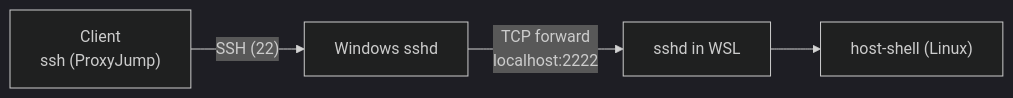
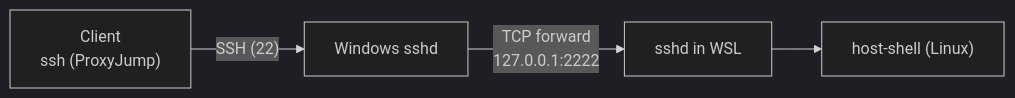
The fourth of 4 diagrams in docs/en/user-guide.md (Hondarer/host-shell-mcp), drawn with Mermaid (dark theme) before and after one commit. The commit also changed other lines of this file and 3 other files, not shown here.

````diff
--- a/docs/en/user-guide.md
+++ b/docs/en/user-guide.md
@@ -542,6 +542,6 @@
 ```mermaid
 flowchart LR
     Client["Client<br/>ssh (ProxyJump)"] -->|"SSH (22)"| WinSSHD["Windows sshd"]
-    WinSSHD -->|"TCP forward<br/>localhost:2222"| WSLSSHD["sshd in WSL"]
+    WinSSHD -->|"TCP forward<br/>127.0.0.1:2222"| WSLSSHD["sshd in WSL"]
     WSLSSHD --> HS["host-shell (Linux)"]
 ```
````
